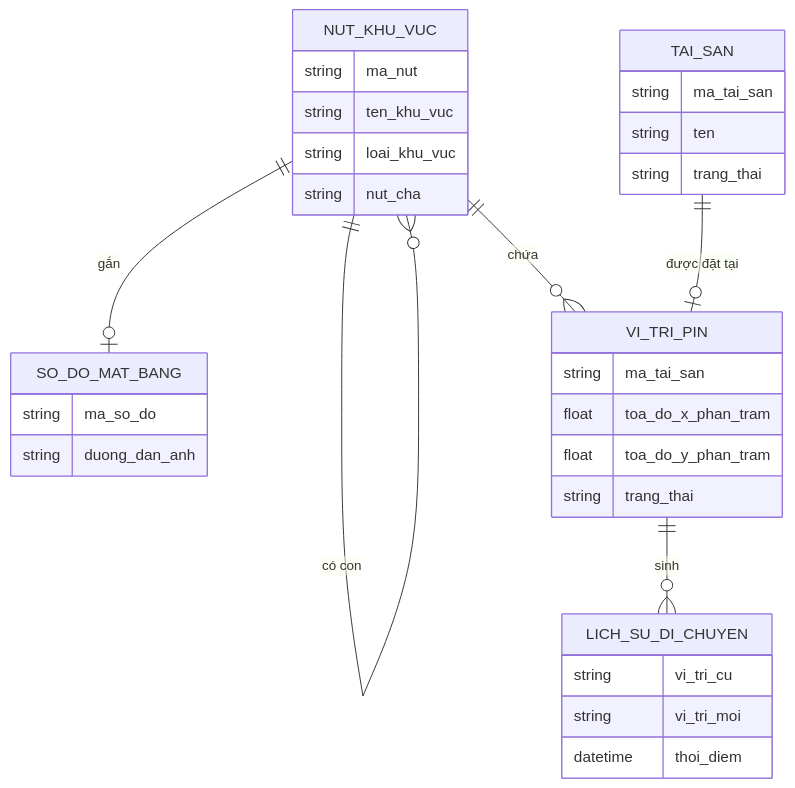
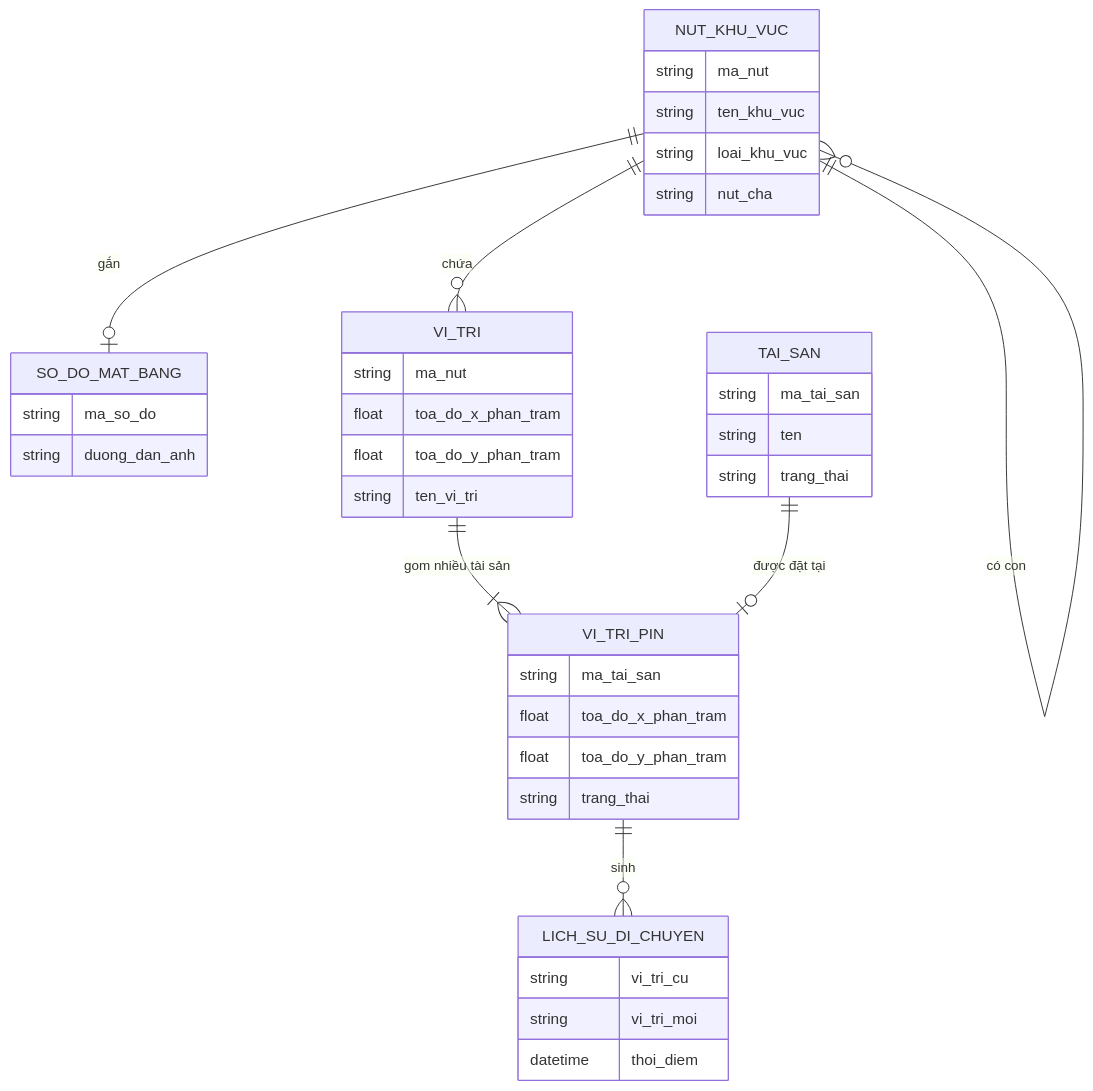
The seventh of 7 diagrams in Quản lý bảo trì/docs/BanDoTaiSan/Workspace/srs.md (nghikc/LDP), drawn with Mermaid before and after one commit. The commit also changed other lines of this file and 8 other files, not shown here.

````diff
--- a/Quản lý bảo trì/docs/BanDoTaiSan/Workspace/srs.md
+++ b/Quản lý bảo trì/docs/BanDoTaiSan/Workspace/srs.md
@@ -115,34 +164,41 @@
 ```mermaid
 erDiagram
   NUT_KHU_VUC ||--o{ NUT_KHU_VUC : "có con"
   NUT_KHU_VUC ||--o| SO_DO_MAT_BANG : "gắn"
-  NUT_KHU_VUC ||--o{ VI_TRI_PIN : "chứa"
+  NUT_KHU_VUC ||--o{ VI_TRI : "chứa"
+  VI_TRI ||--|{ VI_TRI_PIN : "gom nhiều tài sản"
   TAI_SAN ||--o| VI_TRI_PIN : "được đặt tại"
   VI_TRI_PIN ||--o{ LICH_SU_DI_CHUYEN : "sinh"
   NUT_KHU_VUC {
     string ma_nut
     string ten_khu_vuc
     string loai_khu_vuc
     string nut_cha
   }
   SO_DO_MAT_BANG {
     string ma_so_do
     string duong_dan_anh
+  }
+  VI_TRI {
+    string ma_nut
+    float toa_do_x_phan_tram
+    float toa_do_y_phan_tram
+    string ten_vi_tri
   }
   VI_TRI_PIN {
     string ma_tai_san
     float toa_do_x_phan_tram
     float toa_do_y_phan_tram
     string trang_thai
   }
   TAI_SAN {
     string ma_tai_san
     string ten
     string trang_thai
   }
   LICH_SU_DI_CHUYEN {
     string vi_tri_cu
     string vi_tri_moi
     datetime thoi_diem
   }
 ```
````
